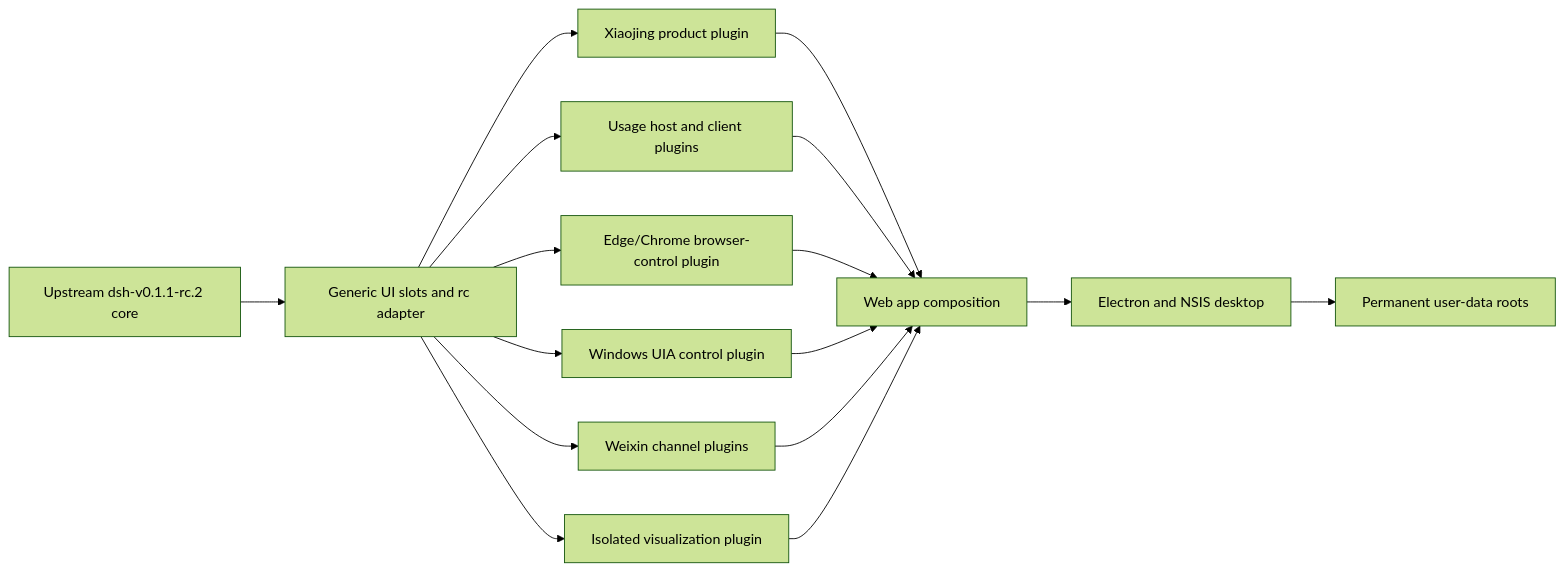
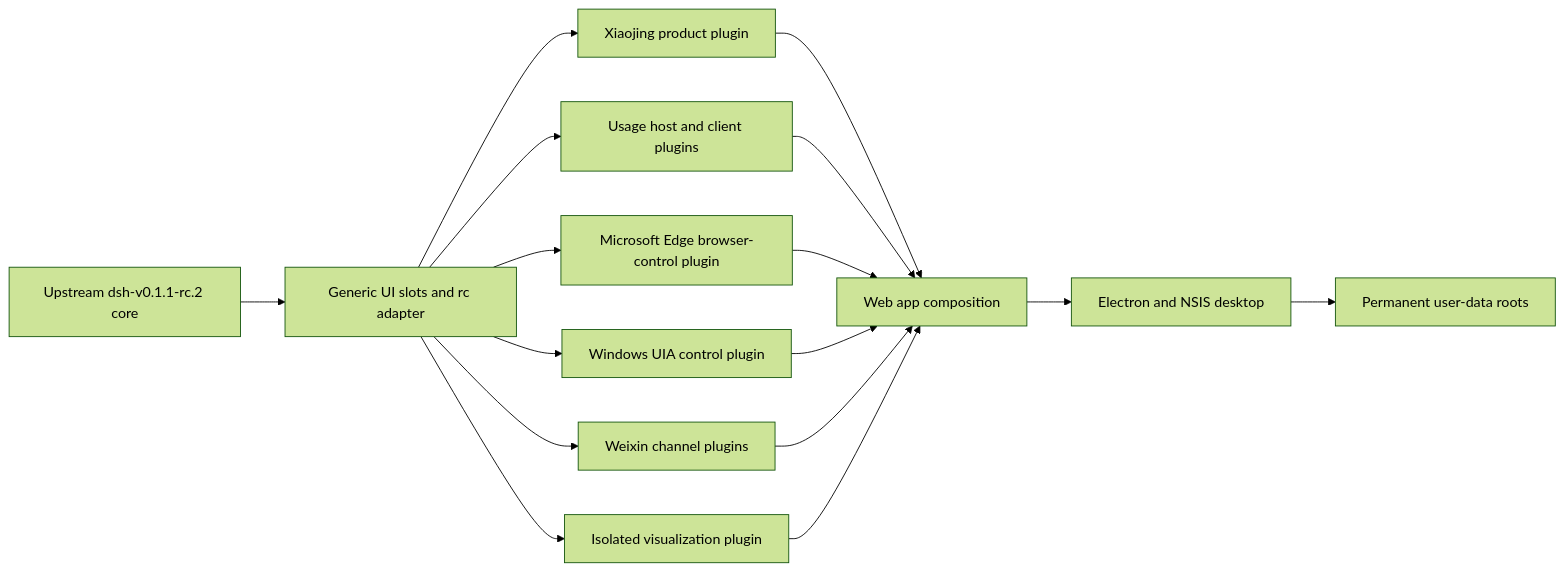
Before and after one commit to yyshi127/sudotech_agent_harness: the diagram in docs/xiaojing-product-development.md, drawn with Mermaid (forest theme). The commit also changed other lines of this file and 52 other files, not shown here.

Commit message:
refactor(xiaojing): keep browser automation Edge-only

````diff
--- a/docs/xiaojing-product-development.md
+++ b/docs/xiaojing-product-development.md
@@ -30,18 +30,18 @@
 ```mermaid
 flowchart LR
   Upstream["Upstream dsh-v0.1.1-rc.2 core"] --> Adapters["Generic UI slots and rc adapter"]
   Adapters --> Product["Xiaojing product plugin"]
   Adapters --> Usage["Usage host and client plugins"]
-  Adapters --> Browser["Edge/Chrome browser-control plugin"]
+  Adapters --> Browser["Microsoft Edge browser-control plugin"]
   Adapters --> Computer["Windows UIA control plugin"]
   Adapters --> Weixin["Weixin channel plugins"]
   Adapters --> Visualize["Isolated visualization plugin"]
   Product --> Bundle["Web app composition"]
   Usage --> Bundle
   Browser --> Bundle
   Computer --> Bundle
   Weixin --> Bundle
   Visualize --> Bundle
   Bundle --> Desktop["Electron and NSIS desktop"]
   Desktop --> Data["Permanent user-data roots"]
 ```
````
